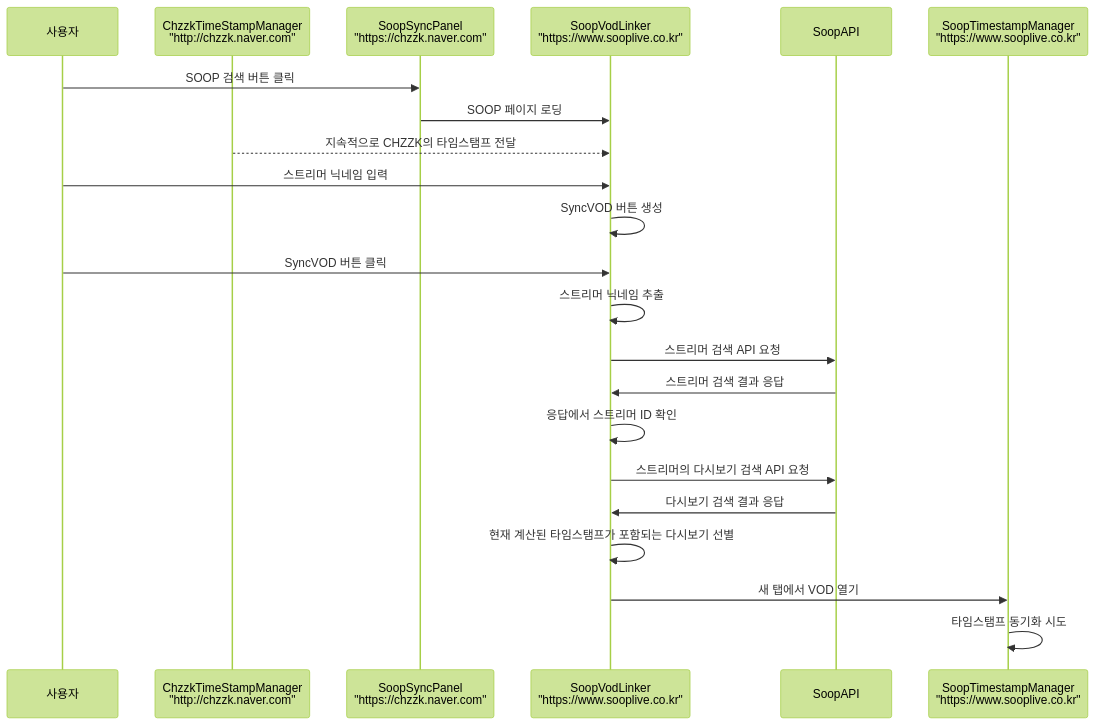
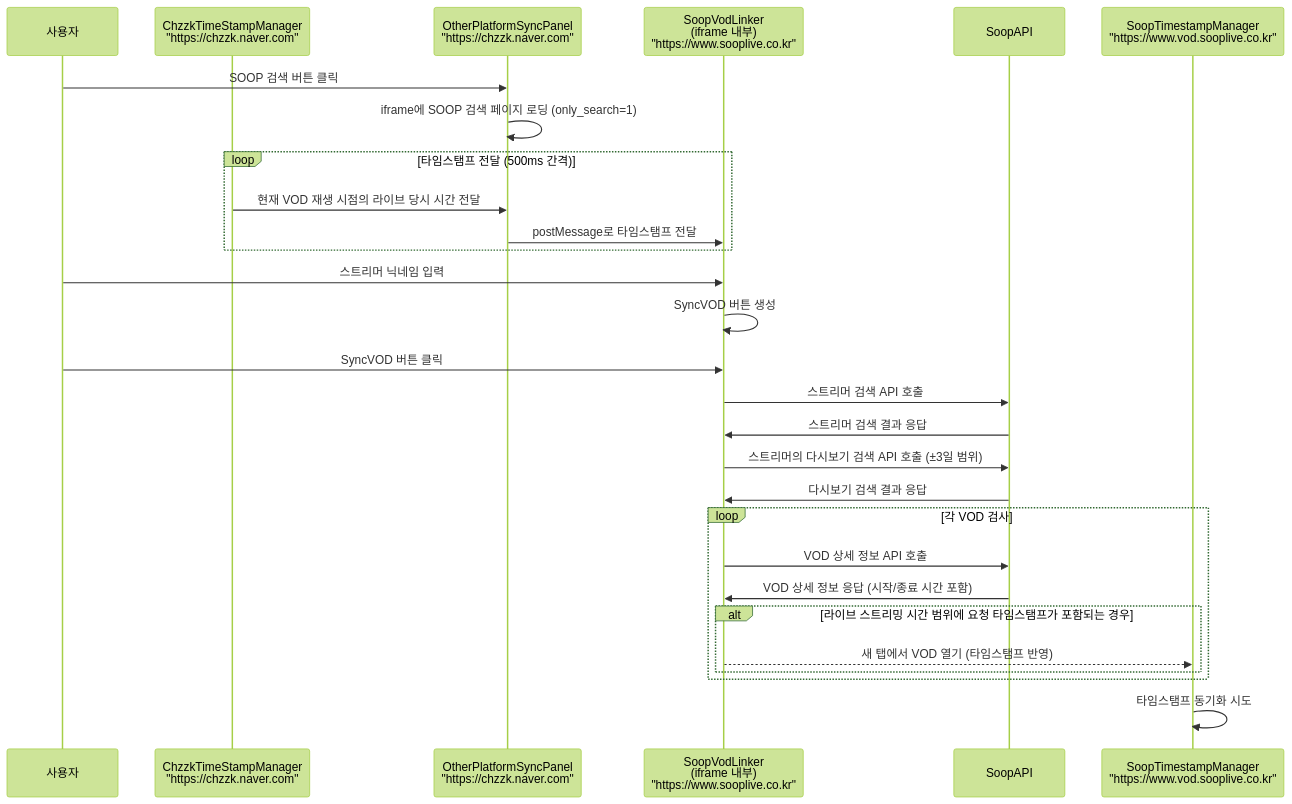
Before and after one commit to AINukeHere/VOD-Synchronizer: the third of 4 diagrams in doc/communication_flow.md, drawn with Mermaid (forest theme). The commit also changed other lines of this file and 2 other files, not shown here.

Commit message:
Update README and communication flow documentation: Change "Find VOD" button text to "Sync VOD" for clarity, update API request terminology, and enhance sequence diagrams for better understanding of VOD synchronization processes.

````diff
--- a/doc/communication_flow.md
+++ b/doc/communication_flow.md
@@ -68,26 +69,31 @@
 ```mermaid
 sequenceDiagram
     participant User as 사용자
-    participant ChzzkTSM as ChzzkTimeStampManager<br/>"http://chzzk.naver.com"
-    participant SoopPanel as SoopSyncPanel<br/>"https://chzzk.naver.com"
-    participant VodLinker as SoopVodLinker<br/>"https://www.sooplive.co.kr"
+    participant ChzzkTSM as ChzzkTimeStampManager<br/>"https://chzzk.naver.com"
+    participant SoopPanel as OtherPlatformSyncPanel<br/>"https://chzzk.naver.com"
+    participant VodLinker as SoopVodLinker<br/>(iframe 내부)<br/>"https://www.sooplive.co.kr"
     participant SoopAPI
-    participant SoopTSM as SoopTimestampManager<br/>"https://www.sooplive.co.kr"
+    participant SoopTSM as SoopTimestampManager<br/>"https://www.vod.sooplive.co.kr"
 
     User->>SoopPanel: SOOP 검색 버튼 클릭
-    SoopPanel->>VodLinker: SOOP 페이지 로딩
-    ChzzkTSM-->>VodLinker: 지속적으로 CHZZK의 타임스탬프 전달    
+    SoopPanel->>SoopPanel: iframe에 SOOP 검색 페이지 로딩 (only_search=1)
+    loop 타임스탬프 전달 (500ms 간격)
+        ChzzkTSM->>SoopPanel: 현재 VOD 재생 시점의 라이브 당시 시간 전달
+        SoopPanel->>VodLinker: postMessage로 타임스탬프 전달
+    end
     User->>VodLinker: 스트리머 닉네임 입력
     VodLinker->>VodLinker: SyncVOD 버튼 생성
     User->>VodLinker: SyncVOD 버튼 클릭
-    VodLinker->>VodLinker: 스트리머 닉네임 추출
-    VodLinker->>SoopAPI: 스트리머 검색 API 요청
+    VodLinker->>SoopAPI: 스트리머 검색 API 호출
     SoopAPI->>VodLinker: 스트리머 검색 결과 응답
-    VodLinker->>VodLinker: 응답에서 스트리머 ID 확인
-    VodLinker->>SoopAPI: 스트리머의 다시보기 검색 API 요청
+    VodLinker->>SoopAPI: 스트리머의 다시보기 검색 API 호출 (±3일 범위)
     SoopAPI->>VodLinker: 다시보기 검색 결과 응답
-    VodLinker->>VodLinker: 현재 계산된 타임스탬프가 포함되는 다시보기 선별
-    
-    VodLinker->>SoopTSM: 새 탭에서 VOD 열기
+    loop 각 VOD 검사
+        VodLinker->>SoopAPI: VOD 상세 정보 API 호출
+        SoopAPI->>VodLinker: VOD 상세 정보 응답 (시작/종료 시간 포함)
+        alt 라이브 스트리밍 시간 범위에 요청 타임스탬프가 포함되는 경우
+            VodLinker-->>SoopTSM: 새 탭에서 VOD 열기 (타임스탬프 반영)
+        end
+    end
     SoopTSM->>SoopTSM: 타임스탬프 동기화 시도
 ```
````
